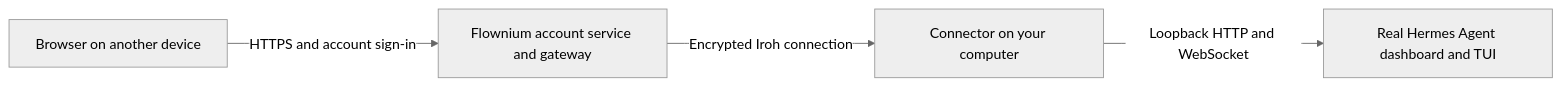
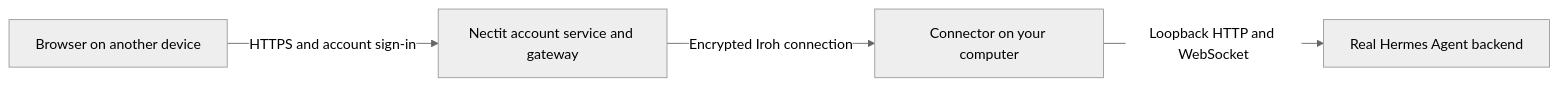
The diagram in README.md (itsflownium/hermes-agent-universal-connector), drawn with Mermaid (neutral theme) before and after one commit. The commit also changed other lines of this file and 22 other files, not shown here.

Commit message:
Add Nectit setup and live Hermes desktop web workspace

````diff
--- a/README.md
+++ b/README.md
@@ -65,6 +86,6 @@
 ```mermaid
 flowchart LR
-  B[Browser on another device] -->|HTTPS and account sign-in| G[Flownium account service and gateway]
+  B[Browser on another device] -->|HTTPS and account sign-in| G[Nectit account service and gateway]
   G -->|Encrypted Iroh connection| C[Connector on your computer]
-  C -->|Loopback HTTP and WebSocket| H[Real Hermes Agent dashboard and TUI]
+  C -->|Loopback HTTP and WebSocket| H[Real Hermes Agent backend]
 ```
````
